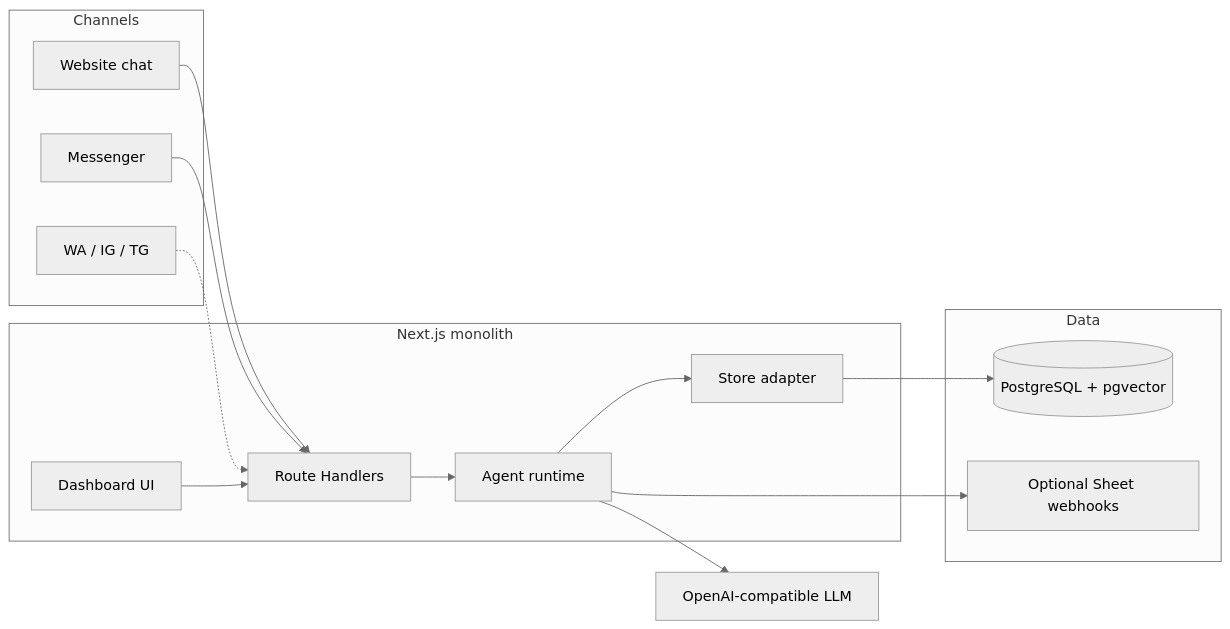
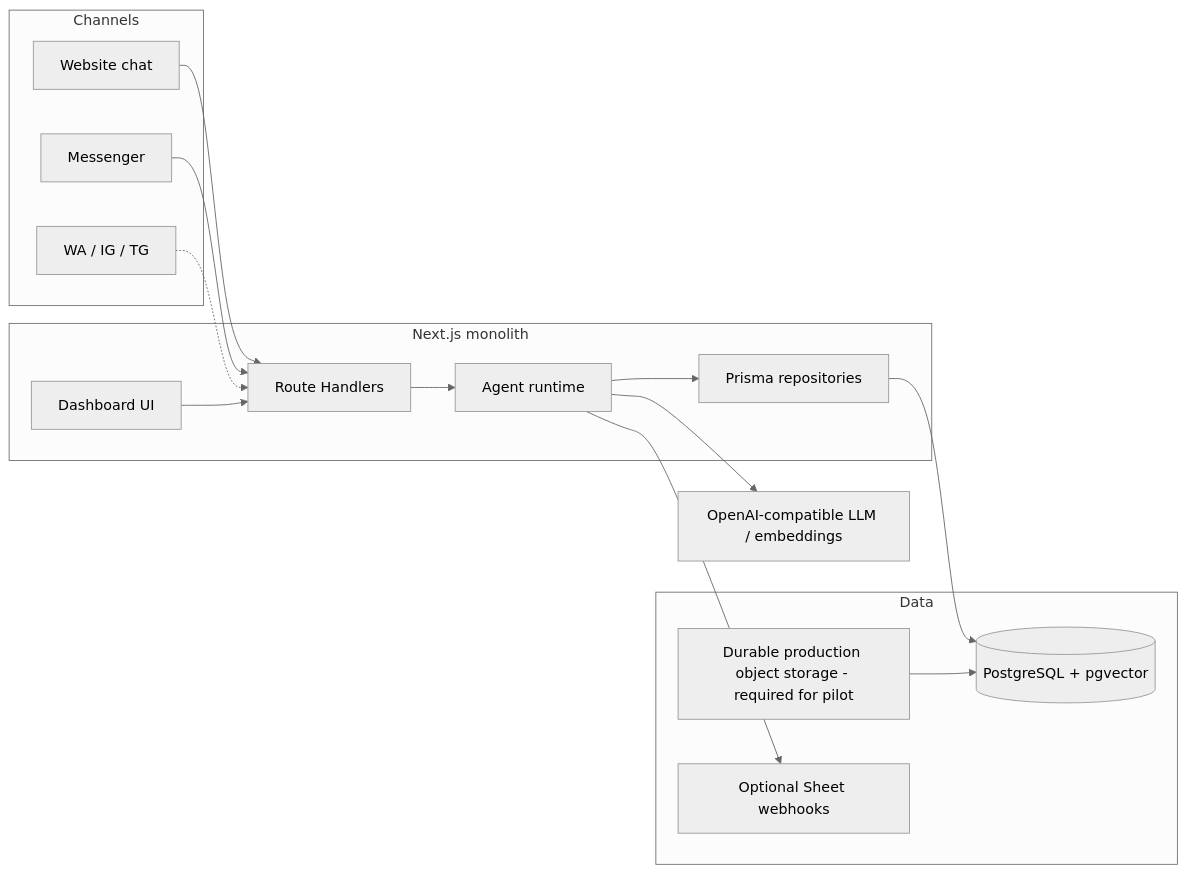
The first of 2 diagrams in docs/ARCHITECTURE.md (Taibur-Rahaman/Reply-Pilot-Ai), drawn with Mermaid (neutral theme) before and after one commit. The commit also changed other lines of this file, not shown here.

Commit message:
docs: align architecture with implemented Postgres monolith

````diff
--- a/docs/ARCHITECTURE.md
+++ b/docs/ARCHITECTURE.md
@@ -21,32 +23,34 @@
 ```mermaid
 flowchart LR
   subgraph channels [Channels]
     Web[Website chat]
     Msg[Messenger]
     Future[WA / IG / TG]
   end
 
   subgraph app [Next.js monolith]
     API[Route Handlers]
     Dash[Dashboard UI]
     Runtime[Agent runtime]
-    Store[Store adapter]
+    Store[Prisma repositories]
   end
 
   subgraph data [Data]
     PG[(PostgreSQL + pgvector)]
+    Files[Durable production object storage - required for pilot]
     Sheet[Optional Sheet webhooks]
   end
 
-  LLM[OpenAI-compatible LLM]
+  LLM[OpenAI-compatible LLM / embeddings]
 
   Web --> API
   Msg --> API
   Future -.-> API
   Dash --> API
   API --> Runtime
   Runtime --> Store
   Runtime --> LLM
   Store --> PG
   Runtime --> Sheet
+  Files --> PG
 ```
````
